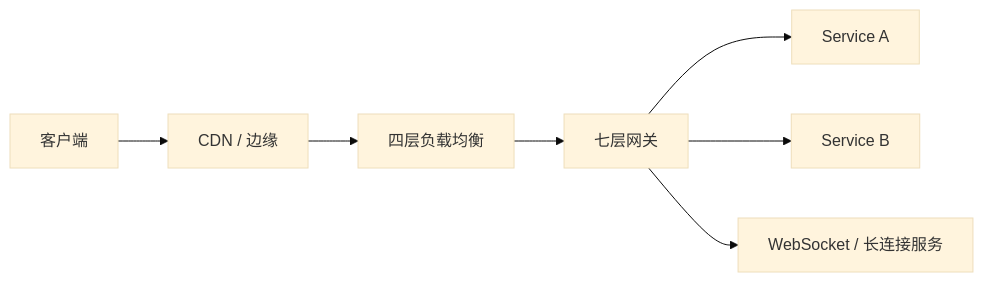
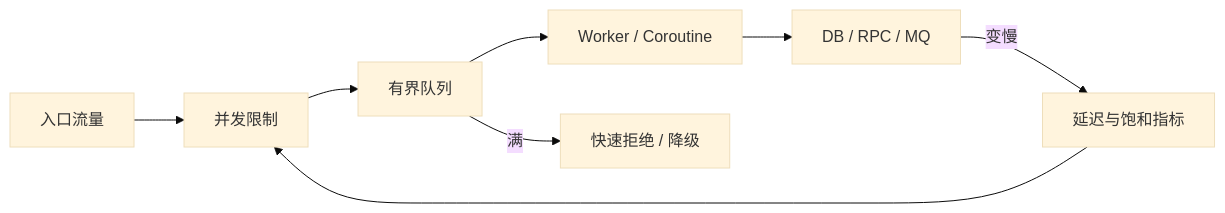
One commit to Fizgrad/fizgrad.github.io changed the sixth of 11 diagrams in blog/cpp_backend.md. Above: the diagram before and after it, drawn with Mermaid (base theme). The commit also changed other lines of this file and 1 other file, not shown here.

````diff
--- a/blog/cpp_backend.md
+++ b/blog/cpp_backend.md
@@ -1536,9 +1070,10 @@
 ```mermaid
 flowchart LR
-    U["客户端"] --> CDN["CDN / 边缘"]
-    CDN --> LB["四层负载均衡"]
-    LB --> GW["七层网关"]
-    GW --> A["Service A"]
-    GW --> B["Service B"]
-    GW --> C["WebSocket / 长连接服务"]
+    IN["入口流量"] --> LIMIT["并发限制"]
+    LIMIT --> QUEUE["有界队列"]
+    QUEUE --> WORKERS["Worker / Coroutine"]
+    WORKERS --> DOWNSTREAM["DB / RPC / MQ"]
+    QUEUE -->|"满"| REJECT["快速拒绝 / 降级"]
+    DOWNSTREAM -->|"变慢"| SIGNAL["延迟与饱和指标"]
+    SIGNAL --> LIMIT
 ```
````
